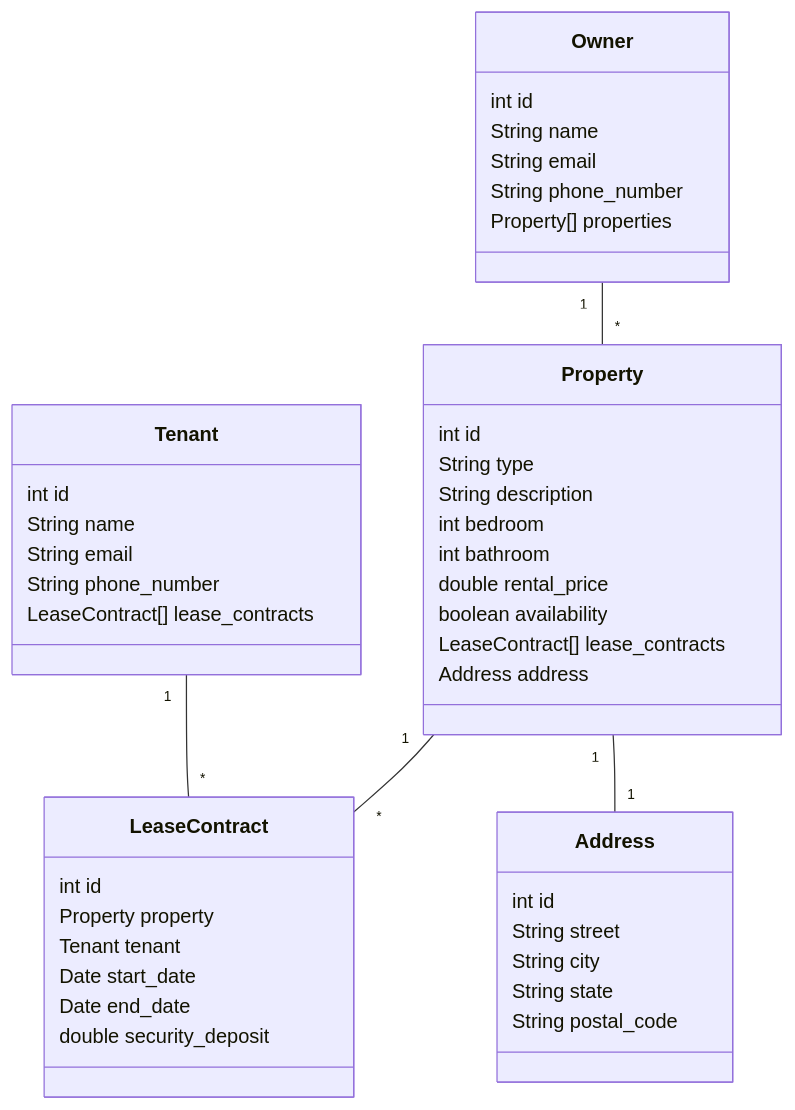
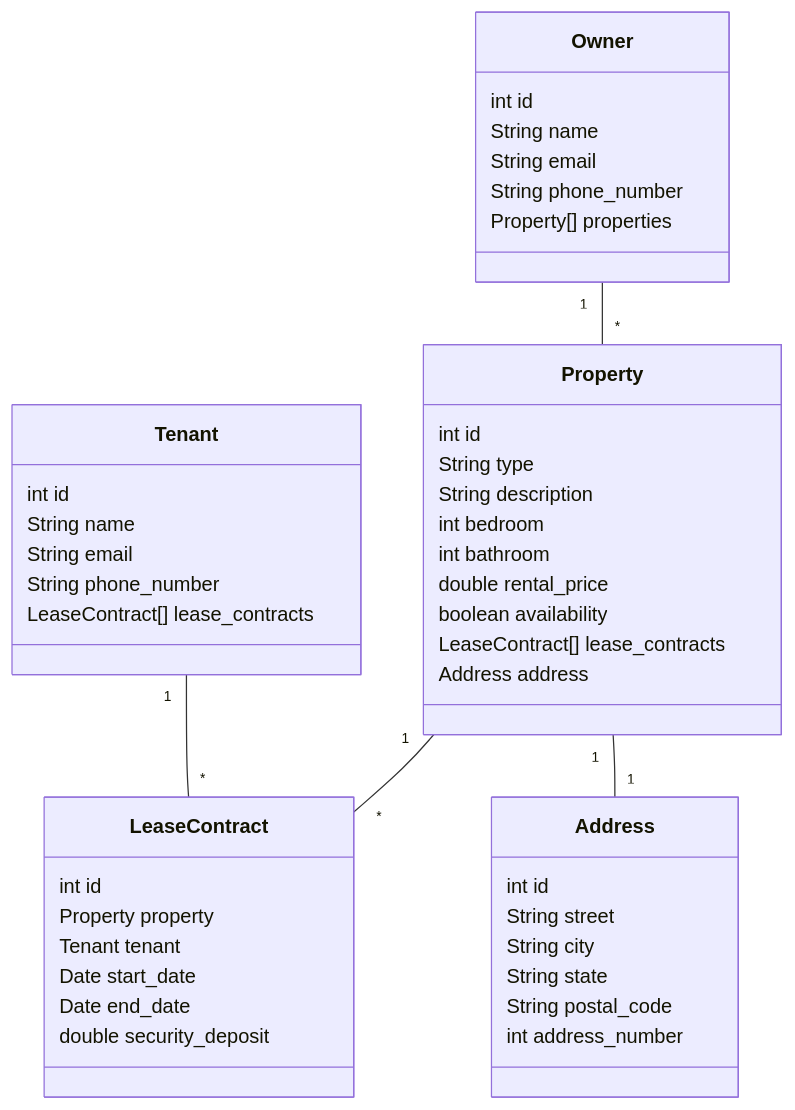
Before and after one commit to augustorib/GFT-Java-IA: the diagram in README.md, drawn with Mermaid. The commit also changed 10 other files, not shown here.

````diff
--- a/README.md
+++ b/README.md
@@ -10,52 +10,53 @@
 ```mermaid
 classDiagram
     class Owner {
         int id
         String name
         String email
         String phone_number
         Property[] properties
     }
     
     class Property {
         int id
         String type
         String description
         int bedroom
         int bathroom
         double rental_price
         boolean availability
         LeaseContract[] lease_contracts
         Address address
     }
     
     class LeaseContract {
         int id
         Property property
         Tenant tenant
         Date start_date
         Date end_date
         double security_deposit
     }
     
     class Tenant {
         int id
         String name
         String email
         String phone_number
         LeaseContract[] lease_contracts
     }
     
     class Address {
         int id
         String street
         String city
         String state
         String postal_code
+        int address_number
     }
 
     Owner "1" -- "*" Property 
     Property "1" -- "*" LeaseContract 
     Property "1" -- "1" Address 
     Tenant "1" -- "*" LeaseContract 
 ```
````
